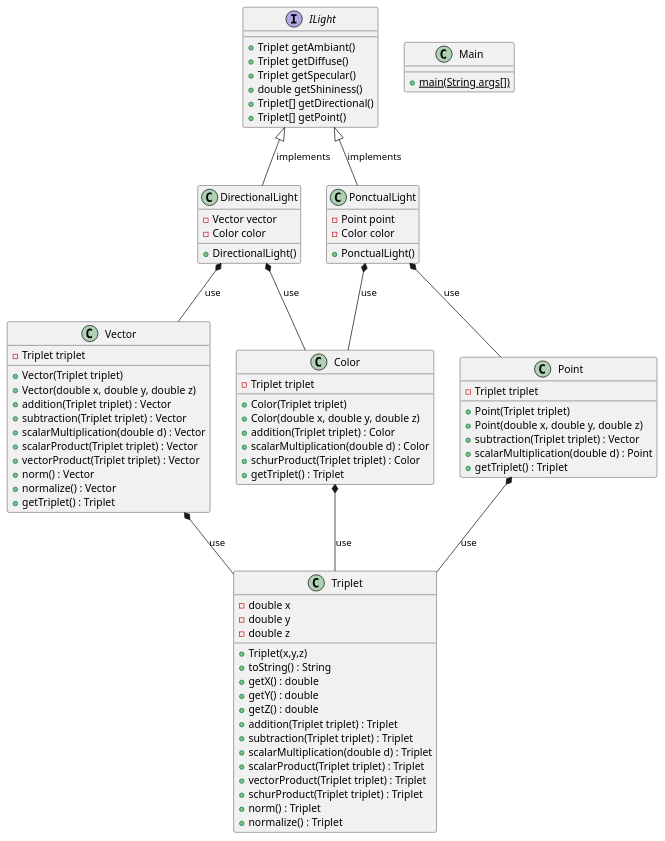
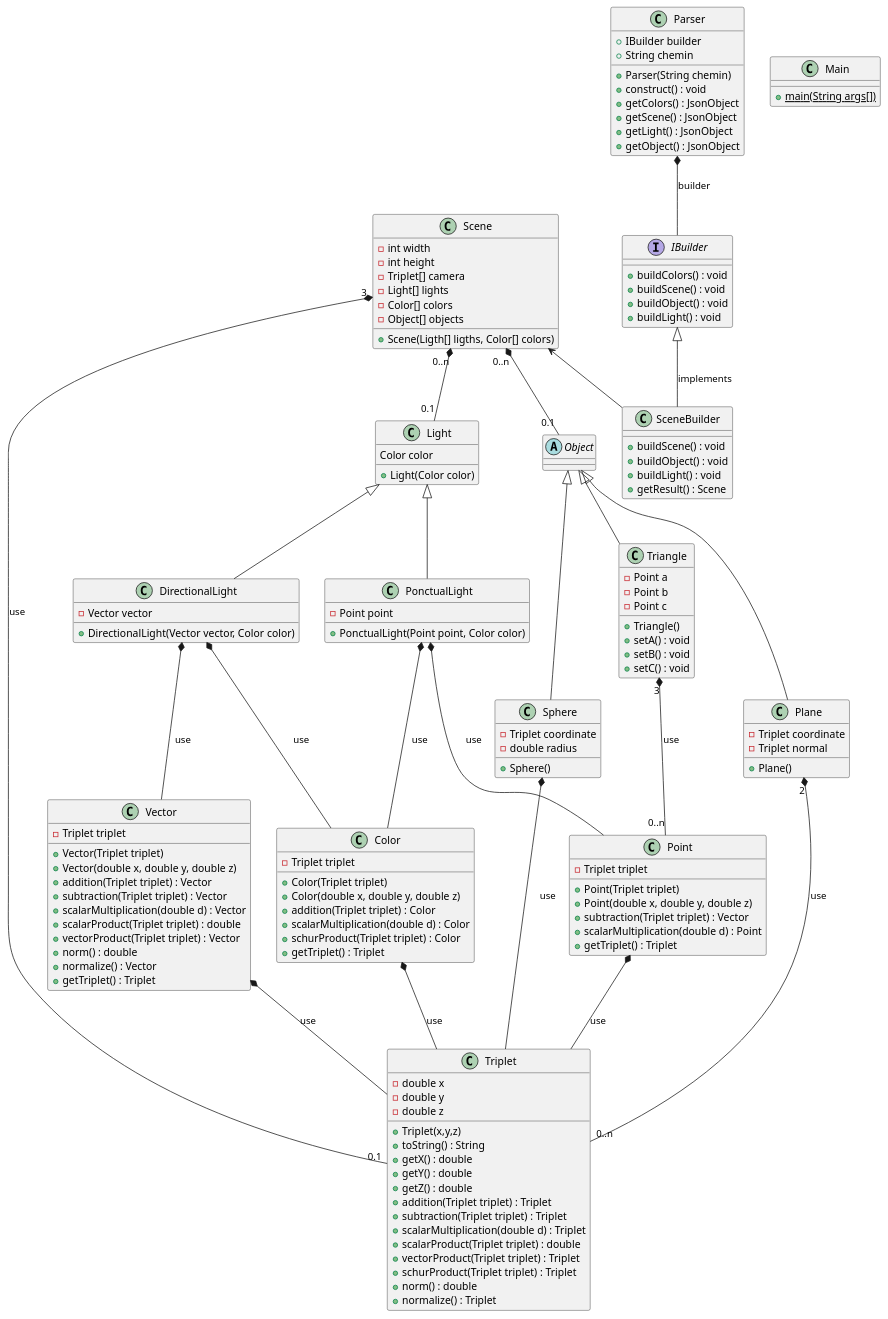
The diagram in RayTracing.puml (DarkWolf62/RaytracerLib), drawn with PlantUML before and after one commit.

Commit message:
:construction: Nouvelle version du UML #1

```diff
--- a/RayTracing.puml
+++ b/RayTracing.puml
@@ -1,102 +1,181 @@
 @startuml
 
 class Triplet
 class Vector
 class Point
 class Color
 class Main
-interface ILight
+class Light
 class DirectionalLight
 class PonctualLight
+abstract class Object
+
+class Plane
+class Triangle
+class Sphere
+
+class Scene
+interface IBuilder
+class SceneBuilder
 
 Vector *-- Triplet : use
 Color *-- Triplet : use
 Point *-- Triplet : use
 
-ILight <|-- DirectionalLight : implements
-ILight <|-- PonctualLight : implements
 DirectionalLight *-- Color : use
 DirectionalLight *-- Vector : use
 
 PonctualLight *-- Color : use
 PonctualLight *-- Point : use
+
+
+Triangle "3" *-- "0..n" Point : use
+Plane "2" *-- "0..n" Triplet : use
+Sphere *-- Triplet : use
+
+Parser *-- IBuilder : builder
+IBuilder <|-- SceneBuilder : implements
+Scene <-- SceneBuilder
+Scene "0..n" *-- "0.1" Light
+Scene "0..n" *-- "0.1" Object
+Scene "3"*-- "0.1" Triplet : use
+
+
 
 class Triplet {
 -double x
 -double y
 -double z
 
 +Triplet(x,y,z)
 +toString() : String
 +getX() : double
 +getY() : double
 +getZ() : double
 +addition(Triplet triplet) : Triplet
 +subtraction(Triplet triplet) : Triplet
 +scalarMultiplication(double d) : Triplet
-+scalarProduct(Triplet triplet) : Triplet
++scalarProduct(Triplet triplet) : double
 +vectorProduct(Triplet triplet) : Triplet
 +schurProduct(Triplet triplet) : Triplet
-+norm() : Triplet
++norm() : double
 +normalize() : Triplet
 }
 
 class Vector{
 -Triplet triplet
 +Vector(Triplet triplet)
 +Vector(double x, double y, double z)
 +addition(Triplet triplet) : Vector
 +subtraction(Triplet triplet) : Vector
 +scalarMultiplication(double d) : Vector
-+scalarProduct(Triplet triplet) : Vector
++scalarProduct(Triplet triplet) : double
 +vectorProduct(Triplet triplet) : Vector
-+norm() : Vector
++norm() : double
 +normalize() : Vector
 + getTriplet() : Triplet
 }
 
 class Point{
 - Triplet triplet
 +Point(Triplet triplet)
 +Point(double x, double y, double z)
 +subtraction(Triplet triplet) : Vector
 +scalarMultiplication(double d) : Point
 + getTriplet() : Triplet
 }
 
 class Color{
 - Triplet triplet
 +Color(Triplet triplet)
 +Color(double x, double y, double z)
 + addition(Triplet triplet) : Color
 + scalarMultiplication(double d) : Color
 + schurProduct(Triplet triplet) : Color
 + getTriplet() : Triplet
 }
 
-interface ILight {
-+ Triplet getAmbiant()
-+ Triplet getDiffuse()
-+ Triplet getSpecular()
-+ double getShininess()
-+ Triplet[] getDirectional()
-+ Triplet[] getPoint()
+
+class Light{
+Color color
++ Light(Color color)
 }
 
-class PonctualLight{
+class PonctualLight extends Light{
 - Point point
-- Color color
-+ PonctualLight()
++ PonctualLight(Point point, Color color)
 }
 
-class DirectionalLight{
+class DirectionalLight extends Light{
 - Vector vector
-- Color color
-+ DirectionalLight()
++ DirectionalLight(Vector vector, Color color)
 }
 
+class Triangle extends Object {
+- Point a
+- Point b
+- Point c
++ Triangle()
++ setA() : void
++ setB() : void
++ setC() : void
+}
+
+class Plane extends Object{
+- Triplet coordinate
+- Triplet normal
++ Plane()
+}
+
+class Sphere extends Object {
+- Triplet coordinate
+- double radius
++ Sphere()
+}
+
+'note "Patron de conception : Builder" as N2
+'Scene .. N2
+'IBuilder .. N2
+'SceneBuilder .. N2
+'Parser .. N2
+
+class Scene{
+- int width
+- int height
+- Triplet[] camera
+- Light[] lights
+- Color[] colors
+- Object[] objects
++ Scene(Ligth[] ligths, Color[] colors)
+}
+
+interface IBuilder {
++ buildColors() : void
++ buildScene() : void
++ buildObject() : void
++ buildLight() : void
+}
+
+class SceneBuilder {
++ buildScene() : void
++ buildObject() : void
++ buildLight() : void
++ getResult() : Scene
+}
+
+class Parser {
++IBuilder builder
++String chemin
++Parser(String chemin)
++construct() : void
++ getColors() : JsonObject
++getScene() : JsonObject
++getLight() : JsonObject
++getObject() : JsonObject
+}
 
 class Main{
 + {static} main(String args[])
 }
+
 @enduml
```
